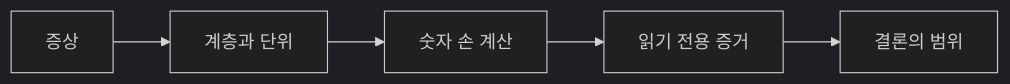
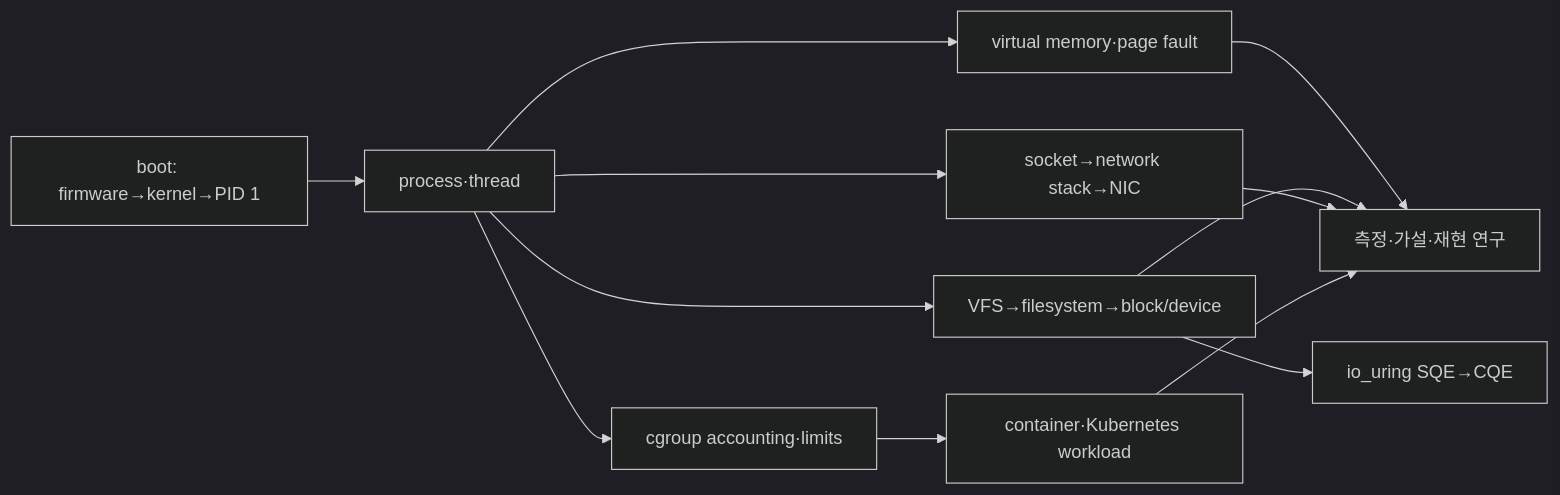
Before and after one commit to mj006648/netai-devsecops-runbook: the diagram in learning/ubuntu-linux-internals/16-exercises-glossary-and-sources.md, drawn with Mermaid (dark theme). The commit also changed other lines of this file and 68 other files, not shown here.

````diff
--- a/learning/ubuntu-linux-internals/16-exercises-glossary-and-sources.md
+++ b/learning/ubuntu-linux-internals/16-exercises-glossary-and-sources.md
@@ -7,7 +7,14 @@
-```mermaid
+~~~mermaid
 flowchart LR
-    S["증상"] --> C["계층과 단위"]
-    C --> N["숫자 손 계산"]
-    N --> E["읽기 전용 증거"]
-    E --> B["결론의 범위"]
-```
+    B["boot: firmware→kernel→PID 1"] --> P["process·thread"]
+    P --> M["virtual memory·page fault"]
+    P --> C["cgroup accounting·limits"]
+    P --> I["VFS→filesystem→block/device"]
+    I --> U["io_uring SQE→CQE"]
+    P --> N["socket→network stack→NIC"]
+    C --> K["container·Kubernetes workload"]
+    M --> E["측정·가설·재현 연구"]
+    I --> E
+    N --> E
+    K --> E
+~~~
````
